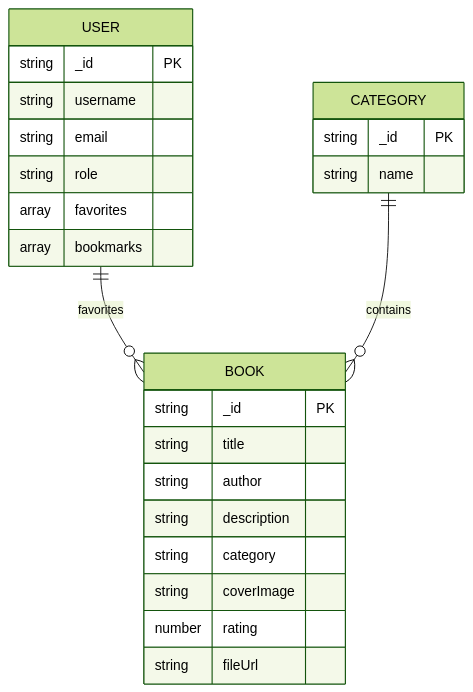
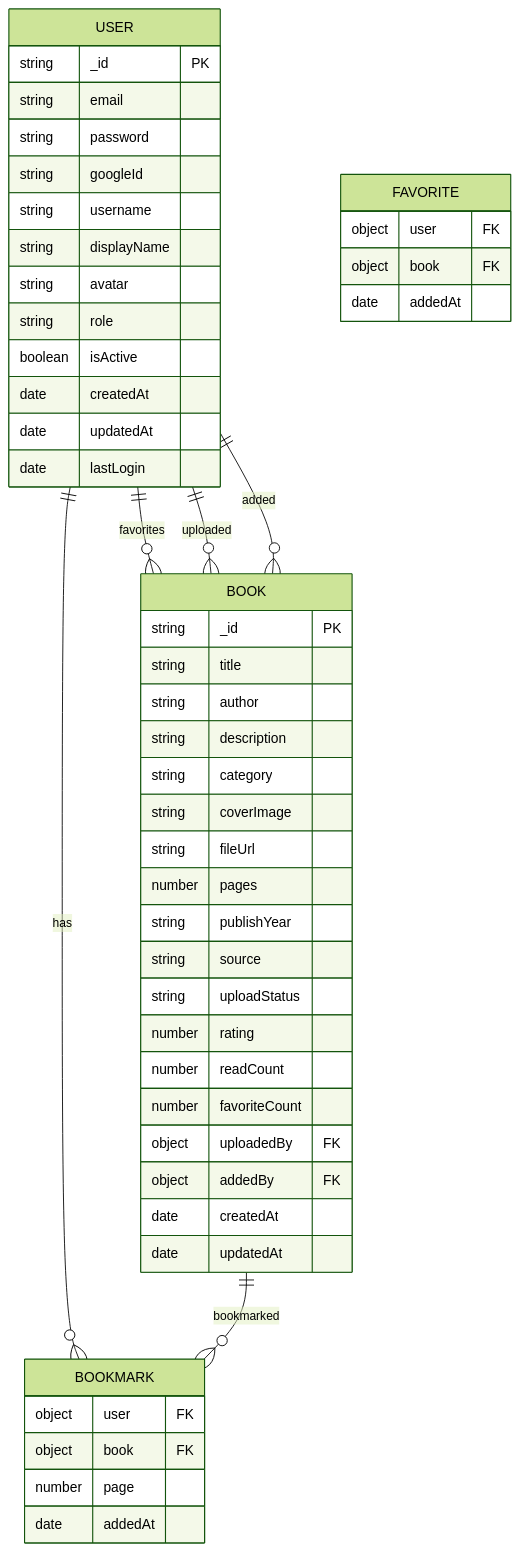
Before and after one commit to ganesh-NB/readsphere: the fifth of 5 diagrams in .qoder/repowiki/en/content/Backend API Documentation/Backend API Documentation.md, drawn with Mermaid (forest theme). The commit also changed other lines of this file and 46 other files, not shown here.

````diff
--- a/.qoder/repowiki/en/content/Backend API Documentation/Backend API Documentation.md
+++ b/.qoder/repowiki/en/content/Backend API Documentation/Backend API Documentation.md
@@ -501,27 +681,53 @@
 ```mermaid
 erDiagram
 USER {
 string _id PK
+string email
+string password
+string googleId
 string username
-string email
+string displayName
+string avatar
 string role
-array favorites
-array bookmarks
+boolean isActive
+date createdAt
+date updatedAt
+date lastLogin
 }
 BOOK {
 string _id PK
 string title
 string author
 string description
 string category
 string coverImage
+string fileUrl
+number pages
+string publishYear
+string source
+string uploadStatus
 number rating
-string fileUrl
+number readCount
+number favoriteCount
+object uploadedBy FK
+object addedBy FK
+date createdAt
+date updatedAt
 }
-CATEGORY {
-string _id PK
-string name
+FAVORITE {
+object user FK
+object book FK
+date addedAt
+}
+BOOKMARK {
+object user FK
+object book FK
+number page
+date addedAt
 }
 USER ||--o{ BOOK : "favorites"
-CATEGORY ||--o{ BOOK : "contains"
+USER ||--o{ BOOKMARK : "has"
+BOOK ||--o{ BOOKMARK : "bookmarked"
+USER ||--o{ BOOK : "uploaded"
+USER ||--o{ BOOK : "added"
 ```
````
